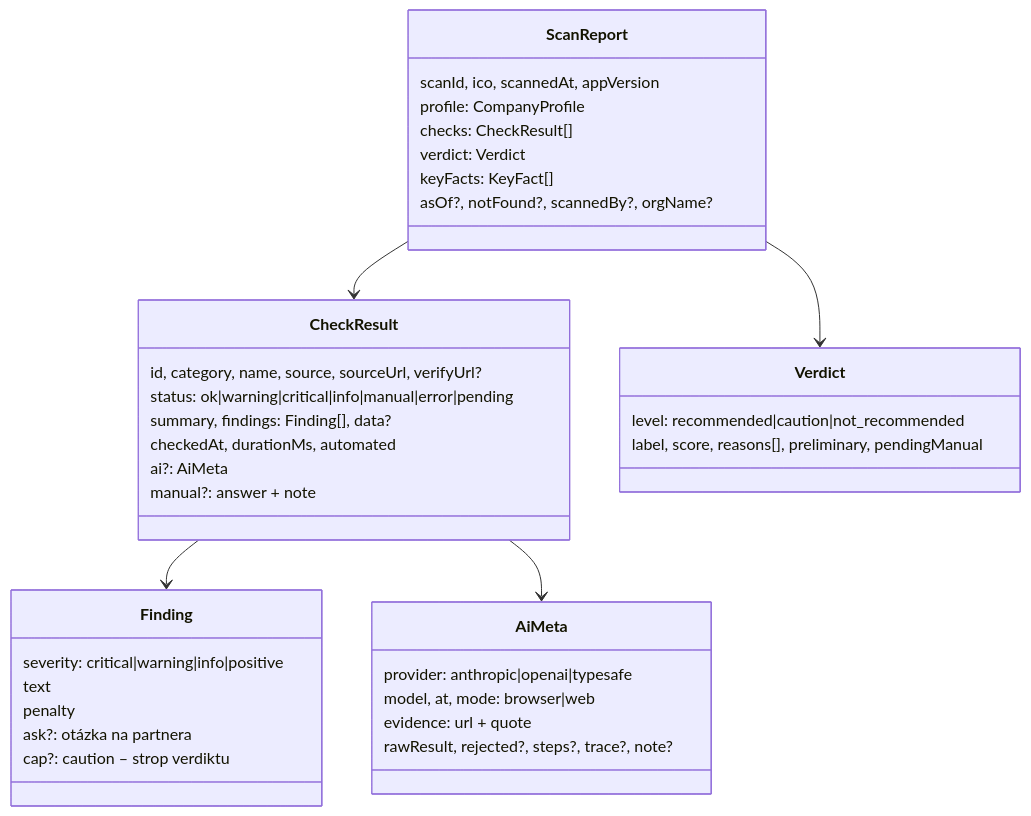
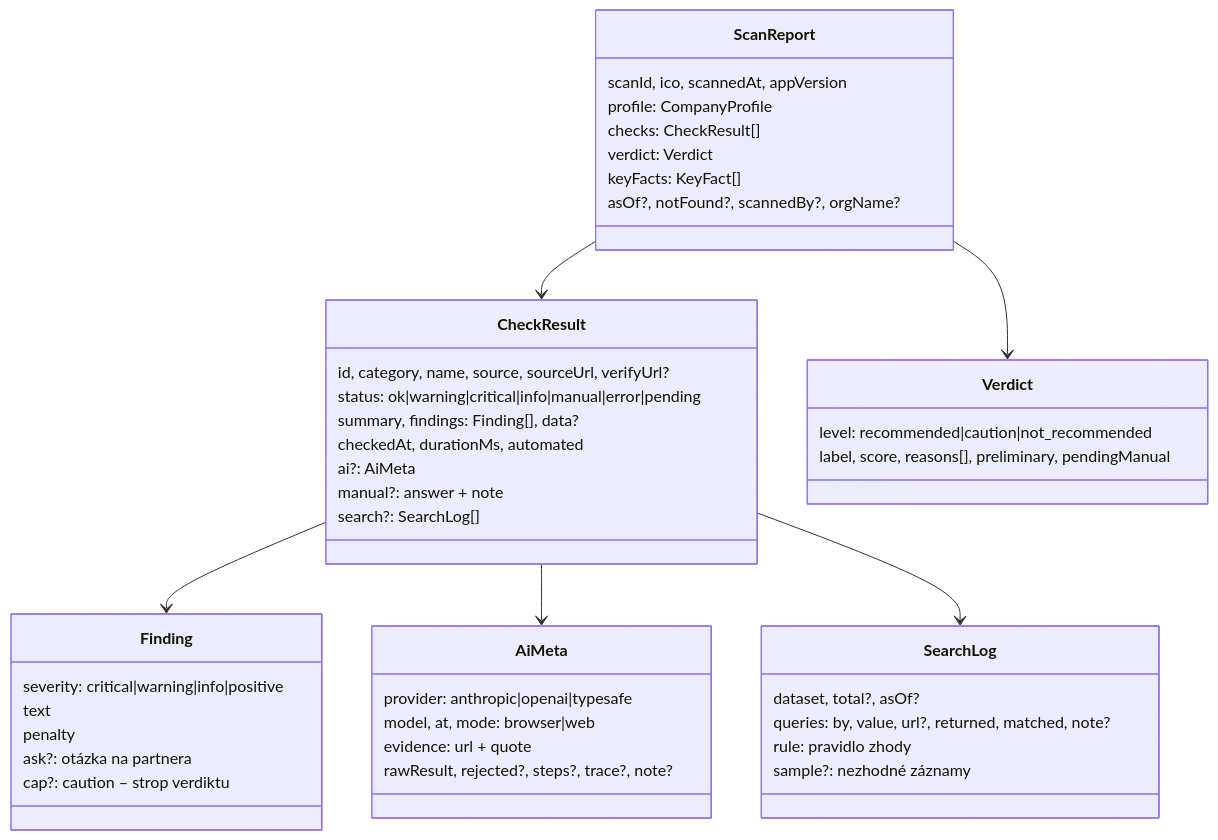
One commit to anty11/eM changed the fifth of 7 diagrams in overenie-ico/docs/ARCHITEKTURA.md. Above: the diagram before and after it, drawn with Mermaid. The commit also changed other lines of this file and 23 other files, not shown here.

First line of the commit message:
v2.11.6: záznam vyhľadávania pri každej kontrole (prehľadané záznamy, dopyty, pravidlo zhody)

````diff
--- a/overenie-ico/docs/ARCHITEKTURA.md
+++ b/overenie-ico/docs/ARCHITEKTURA.md
@@ -236,40 +236,48 @@
 ```mermaid
 classDiagram
   class ScanReport {
     scanId, ico, scannedAt, appVersion
     profile: CompanyProfile
     checks: CheckResult[]
     verdict: Verdict
     keyFacts: KeyFact[]
     asOf?, notFound?, scannedBy?, orgName?
   }
   class CheckResult {
     id, category, name, source, sourceUrl, verifyUrl?
     status: ok|warning|critical|info|manual|error|pending
     summary, findings: Finding[], data?
     checkedAt, durationMs, automated
     ai?: AiMeta
     manual?: answer + note
+    search?: SearchLog[]
+  }
+  class SearchLog {
+    dataset, total?, asOf?
+    queries: by, value, url?, returned, matched, note?
+    rule: pravidlo zhody
+    sample?: nezhodné záznamy
   }
   class Finding {
     severity: critical|warning|info|positive
     text
     penalty
     ask?: otázka na partnera
     cap?: caution – strop verdiktu
   }
   class AiMeta {
     provider: anthropic|openai|typesafe
     model, at, mode: browser|web
     evidence: url + quote
     rawResult, rejected?, steps?, trace?, note?
   }
   class Verdict {
     level: recommended|caution|not_recommended
     label, score, reasons[], preliminary, pendingManual
   }
   ScanReport --> CheckResult
   ScanReport --> Verdict
   CheckResult --> Finding
   CheckResult --> AiMeta
+  CheckResult --> SearchLog
 ```
````
